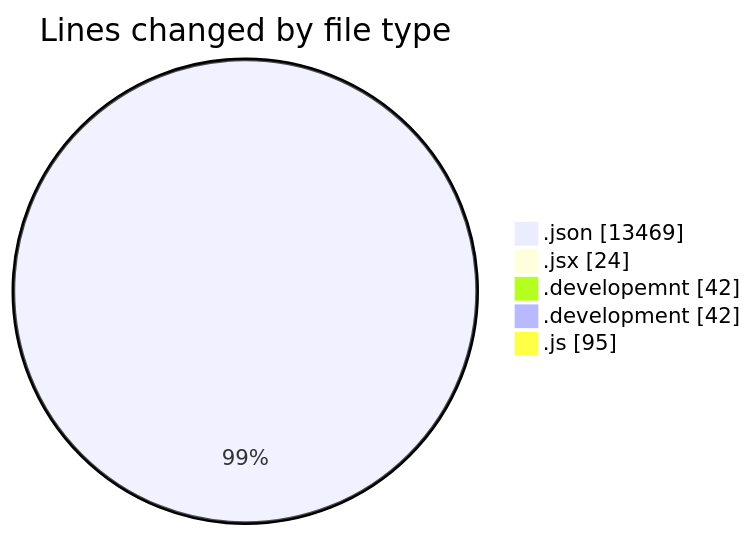
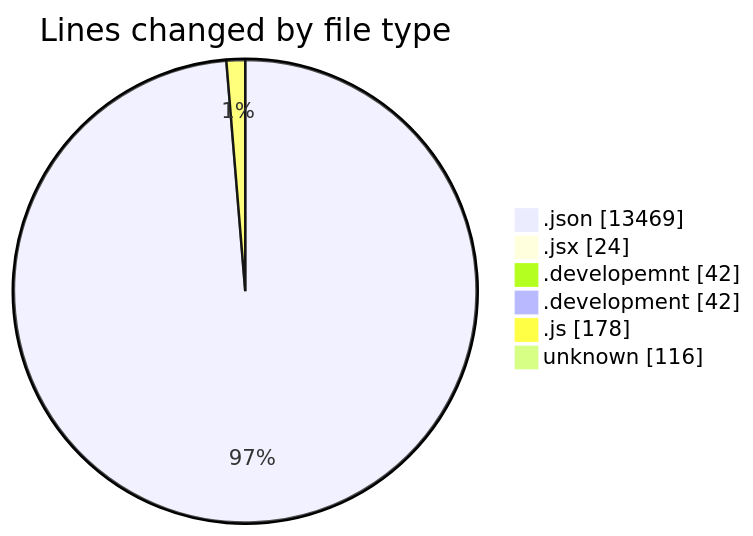
The first of 2 diagrams in 2025-10-30/nxtqube_webapp/README.md (nxtqubesakshisongat/code-tracking), drawn with Mermaid before and after one commit. The commit also changed other lines of this file and 1 other file, not shown here.

````diff
--- a/2025-10-30/nxtqube_webapp/README.md
+++ b/2025-10-30/nxtqube_webapp/README.md
@@ -24,9 +26,10 @@
 ```mermaid
 pie showData
 title Lines changed by file type
 ".json" : 13469
 ".jsx" : 24
 ".developemnt" : 42
 ".development" : 42
-".js" : 95
+".js" : 178
+"unknown" : 116
 ```
````
